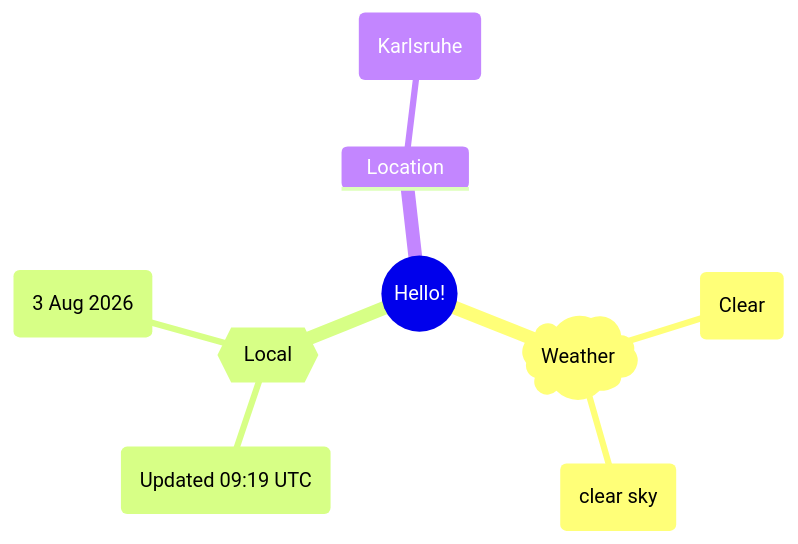
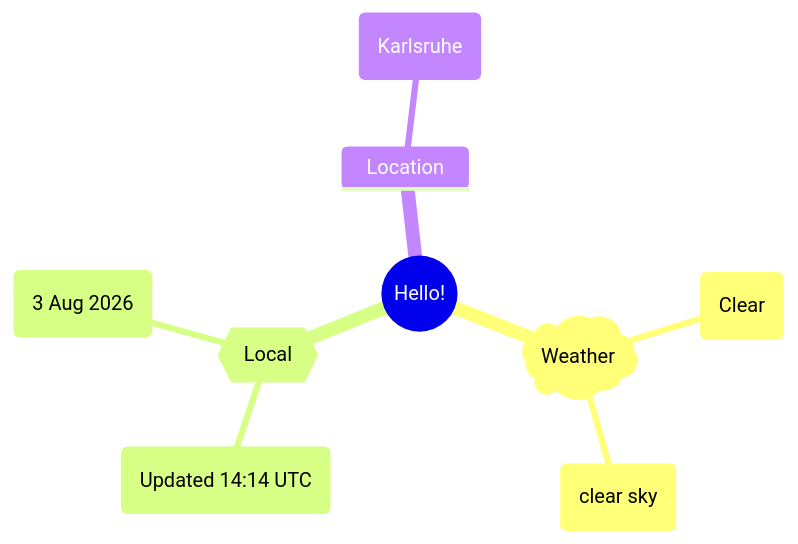
The first of 2 diagrams in README.md (Xosrov/Xosrov), drawn with Mermaid before and after one commit.

Commit message:
[bot] updated images

````diff
--- a/README.md
+++ b/README.md
@@ -3,12 +3,12 @@
 ```mermaid
 mindmap
   root((Hello!))
     )Weather(
         (Clear)
         (clear sky)
     {{Local}}
-        (Updated 09:19 UTC)
+        (Updated 14:14 UTC)
         (3 Aug 2026)
     Location
         (Karlsruhe)
 ```
````
